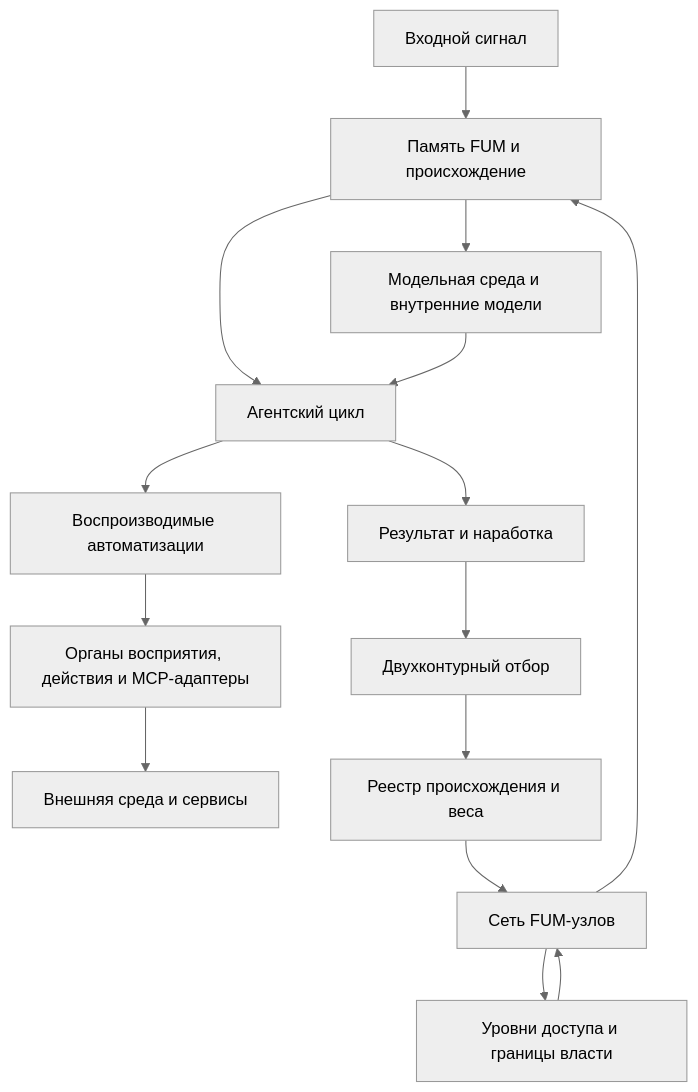
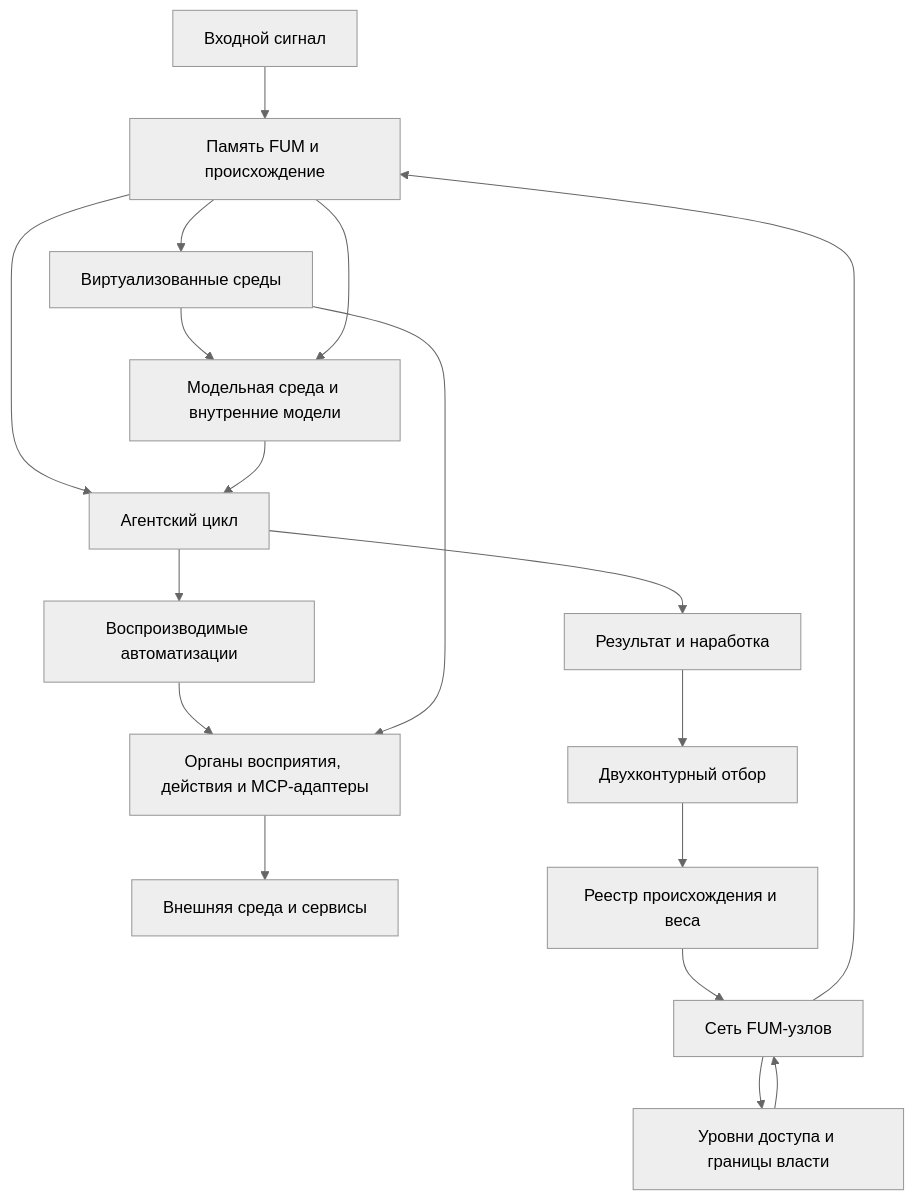
One commit to fum-lab/fum changed the diagram in Документация/22-архитектура-FUM.md. Above: the diagram before and after it, drawn with Mermaid (neutral theme). The commit also changed other lines of this file and 13 other files, not shown here.

First line of the commit message:
Закрепить виртуализованные среды FUM

````diff
--- a/Документация/22-архитектура-FUM.md
+++ b/Документация/22-архитектура-FUM.md
@@ -69,17 +74,20 @@
 ```mermaid
 flowchart TD
     input["Входной сигнал"] --> memory["Память FUM и происхождение"]
     memory --> cycle["Агентский цикл"]
     cycle --> automations["Воспроизводимые автоматизации"]
     automations --> adapters["Органы восприятия, действия и MCP-адаптеры"]
     adapters --> world["Внешняя среда и сервисы"]
+    memory --> virtual["Виртуализованные среды"]
+    virtual --> adapters
+    virtual --> model
     memory --> model["Модельная среда и внутренние модели"]
     model --> cycle
     cycle --> result["Результат и наработка"]
     result --> selection["Двухконтурный отбор"]
     selection --> registry["Реестр происхождения и веса"]
     registry --> network["Сеть FUM-узлов"]
     network --> memory
     network --> access["Уровни доступа и границы власти"]
     access --> network
 ```
````
